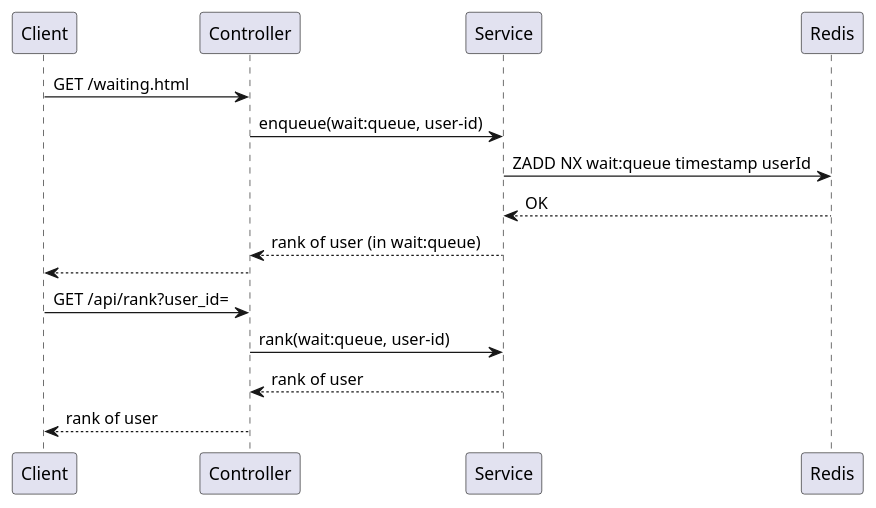
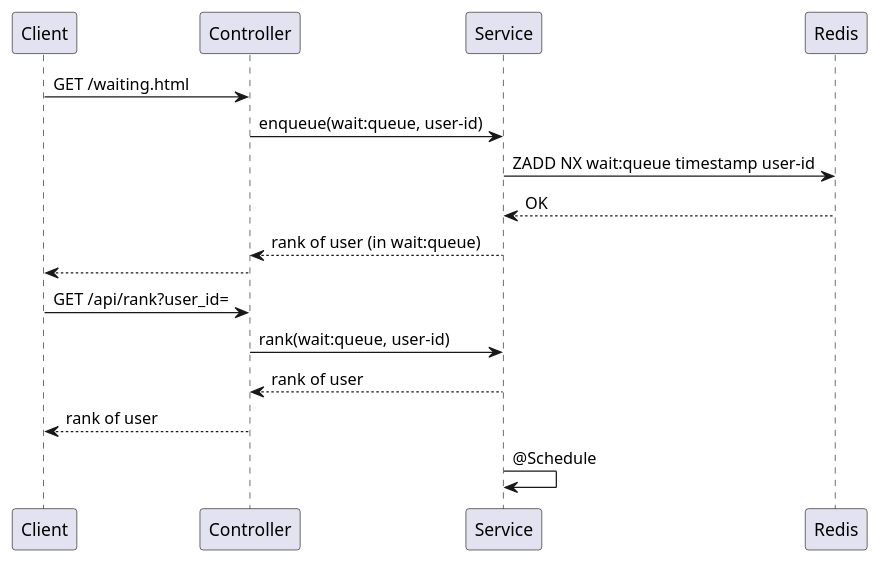
One commit to yanghoon/obsidian-workspace changed the diagram in _diary/2024-06-08.md. Above: the diagram before and after it, drawn with PlantUML.

Commit message:
vault backup: 2024-06-08 14:17:39

````diff
--- a/_diary/2024-06-08.md
+++ b/_diary/2024-06-08.md
@@ -5,13 +5,15 @@
 ```plantuml
 Client -> Controller: GET /waiting.html
 Controller -> Service: enqueue(wait:queue, user-id)
-Service -> Redis: ZADD NX wait:queue timestamp userId
+Service -> Redis: ZADD NX wait:queue timestamp user-id
 Service <-- Redis: OK
 Controller <-- Service: rank of user (in wait:queue)
 Client <-- Controller
 
 Client -> Controller: GET /api/rank?user_id=
 Controller -> Service: rank(wait:queue, user-id)
 Controller <-- Service: rank of user
 Client <-- Controller: rank of user
+
+Service -> Service: @Schedule 
 ```
````
